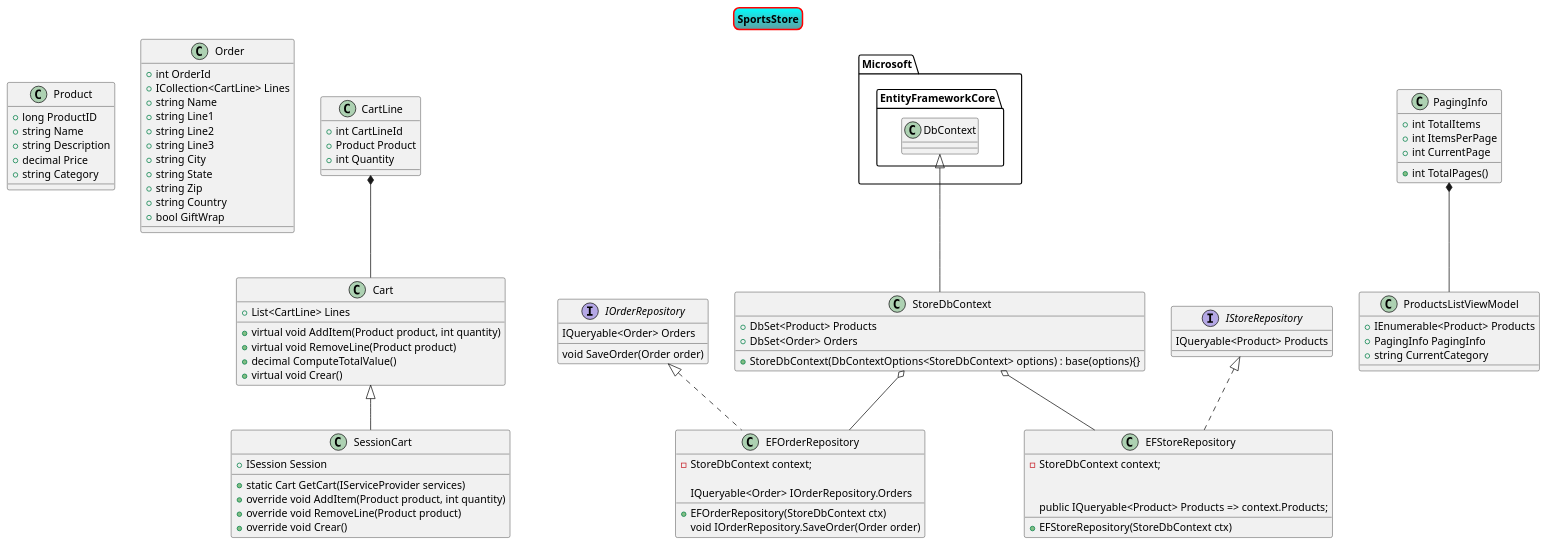
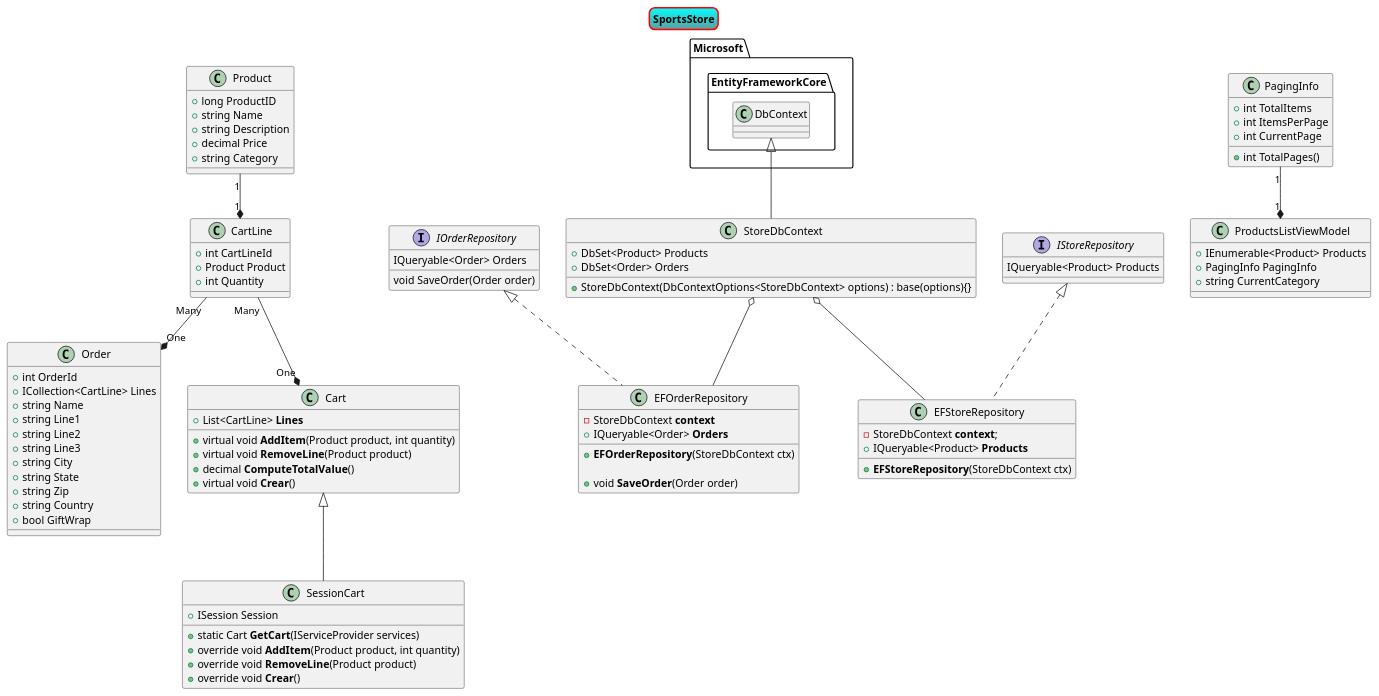
One commit to yradov/CoreSportStore changed the diagram in SportsStore/Diagram/Diagram.wsd. Above: the diagram before and after it, drawn with PlantUML. The commit also changed 1 other file, not shown here.

Commit message:
+ diagram update

```diff
--- a/SportsStore/Diagram/Diagram.wsd
+++ b/SportsStore/Diagram/Diagram.wsd
@@ -1,121 +1,122 @@
 @startuml SportsStore
 
 skinparam titleBorderRoundCorner 15
 skinparam titleBorderThickness 2
 skinparam titleBorderColor red
 skinparam titleBackgroundColor Aqua-CadetBlue
 
 title SportsStore
 
 class Product {
     + long ProductID
     + string Name
     + string Description
     + decimal Price
     + string Category
 }
 
 class Order {
     + int OrderId
     + ICollection<CartLine> Lines
     + string Name
     + string Line1
     + string Line2
     + string Line3
     + string City
     + string State
     + string Zip
     + string Country
     + bool GiftWrap
 }
 
+CartLine "Many" --* "One" Order
+'Cart -- Order : Lines
+
 class CartLine
 {
     + int CartLineId
     + Product Product
     + int Quantity
 }
 
+Product "1" --* "1" CartLine 
+
 class Cart
 {
-    + List<CartLine> Lines
-    + virtual void AddItem(Product product, int quantity)
-    + virtual void RemoveLine(Product product)
-    + decimal ComputeTotalValue()
-    + virtual void Crear()
+    + List<CartLine> <b>Lines</b>
+    + virtual void <b>AddItem</b>(Product product, int quantity)
+    + virtual void <b>RemoveLine</b>(Product product)
+    + decimal <b>ComputeTotalValue</b>()
+    + virtual void <b>Crear</b>()
 }
 
 class SessionCart
 {
     + ISession Session
-    + static Cart GetCart(IServiceProvider services)
-    + override void AddItem(Product product, int quantity)
-    + override void RemoveLine(Product product)
-    + override void Crear()
+    + static Cart <b>GetCart</b>(IServiceProvider services)
+    + override void <b>AddItem</b>(Product product, int quantity)
+    + override void <b>RemoveLine</b>(Product product)
+    + override void <b>Crear</b>()
 }
 
 Cart <|-- SessionCart
-CartLine *-- Cart
+CartLine "Many" --* "One" Cart
 
 class StoreDbContext
 {
     + StoreDbContext(DbContextOptions<StoreDbContext> options) : base(options){}
     + DbSet<Product> Products
     + DbSet<Order> Orders
 }
 
 Microsoft.EntityFrameworkCore.DbContext <|-- StoreDbContext
 
 interface IOrderRepository
 {
-    IQueryable<Order> Orders
+    IQueryable<Order> Orders 
     void SaveOrder(Order order)
 }
 
 class EFOrderRepository
 {
-    - StoreDbContext context;
-    + EFOrderRepository(StoreDbContext ctx)
-
-    IQueryable<Order> IOrderRepository.Orders
-
-    void IOrderRepository.SaveOrder(Order order)
+    - StoreDbContext <b>context</b>
+    + IQueryable<Order> <b>Orders</b>
+    + <b>EFOrderRepository</b>(StoreDbContext ctx)
+    
+    + void <b>SaveOrder</b>(Order order)
 }
 IOrderRepository <|.. EFOrderRepository
 StoreDbContext o-- EFOrderRepository
 
 interface IStoreRepository
 {
     IQueryable<Product> Products
 }
 
 class EFStoreRepository
 {
-    - StoreDbContext context;
-
-    + EFStoreRepository(StoreDbContext ctx)
-
-    public IQueryable<Product> Products => context.Products;
+    - StoreDbContext <b>context</b>;
+    + <b>EFStoreRepository</b>(StoreDbContext ctx)
+    + IQueryable<Product> <b>Products</b>
 }
 IStoreRepository <|.. EFStoreRepository
 StoreDbContext o-- EFStoreRepository
 
 class PagingInfo
 {
     + int TotalItems
     + int ItemsPerPage
     + int CurrentPage
     + int TotalPages()
 }
 
 class ProductsListViewModel
 {
     + IEnumerable<Product> Products
     + PagingInfo PagingInfo 
     + string CurrentCategory 
 }
 
-PagingInfo *-- ProductsListViewModel
-
+PagingInfo "1" --* "1" ProductsListViewModel
 
 @end SportsStore
```
